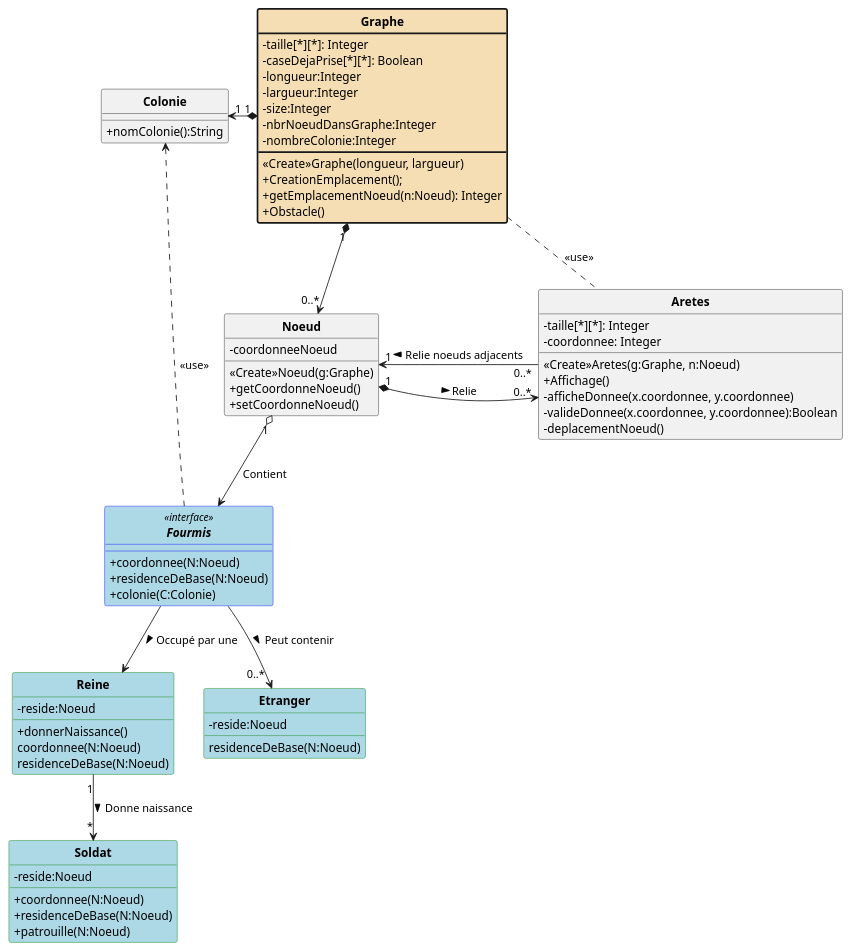
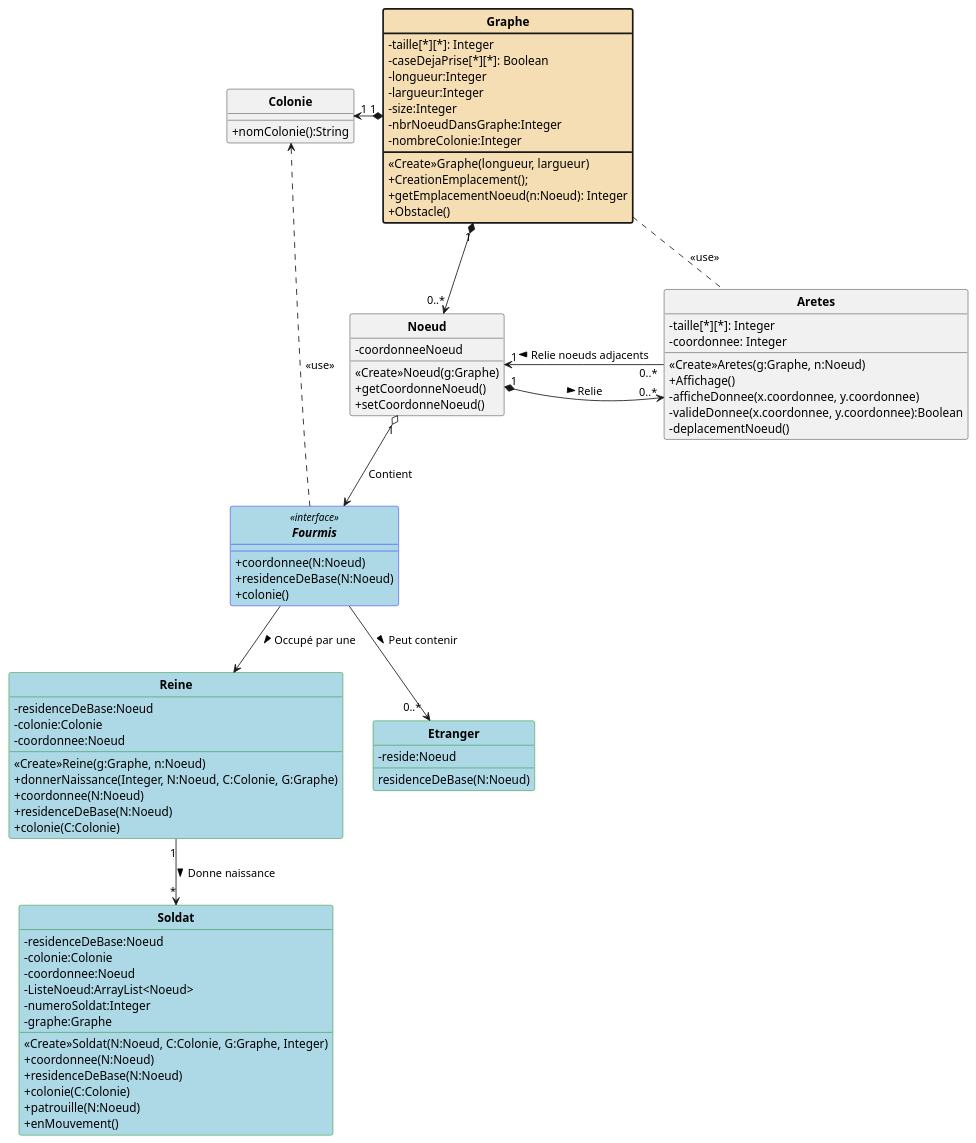
Before and after one commit to jvondermarck/ant-colony: the diagram in plantUML/V1/Fourmis_DC_Conception.puml, drawn with PlantUML. The commit also changed 10 other files, not shown here.

Commit message:
Creation Reine et Soldat

```diff
--- a/plantUML/V1/Fourmis_DC_Conception.puml
+++ b/plantUML/V1/Fourmis_DC_Conception.puml
@@ -1,85 +1,100 @@
 @startuml
 'https://plantuml.com/class-diagram
 
 skinparam style strictuml
 skinparam classAttributeIconSize 0
 skinparam classFontStyle Bold
 hide enum methods
 
 class Graphe #back:Wheat;line.bold {
     -taille[*][*]: Integer
     -caseDejaPrise[*][*]: Boolean
     -longueur:Integer
     -largueur:Integer
     -size:Integer
     -nbrNoeudDansGraphe:Integer
     -nombreColonie:Integer
 
     <<Create>>Graphe(longueur, largueur)
     +CreationEmplacement();
     +getEmplacementNoeud(n:Noeud): Integer
     +Obstacle()
 }
 
 
 class Noeud{
     -coordonneeNoeud
 
     <<Create>>Noeud(g:Graphe)
     +getCoordonneNoeud()
     +setCoordonneNoeud()
 }
 
 class Aretes {
     -taille[*][*]: Integer
     -coordonnee: Integer
 
     <<Create>>Aretes(g:Graphe, n:Noeud)
     +Affichage()
     -afficheDonnee(x.coordonnee, y.coordonnee)
     -valideDonnee(x.coordonnee, y.coordonnee):Boolean
     -deplacementNoeud()
 }
 
 class Colonie {
     +nomColonie():String
 }
 
 interface Fourmis <<interface>> #lightblue;line:blue {
     +coordonnee(N:Noeud)
     +residenceDeBase(N:Noeud)
+    +colonie()
+}
+class Reine #lightblue;line:green {
+    -residenceDeBase:Noeud
+    -colonie:Colonie
+    -coordonnee:Noeud
+
+    <<Create>>Reine(g:Graphe, n:Noeud)
+    +donnerNaissance(Integer, N:Noeud, C:Colonie, G:Graphe)
+    +coordonnee(N:Noeud)
+    +residenceDeBase(N:Noeud)
     +colonie(C:Colonie)
 }
-class Reine #lightblue;line:green {
-    -reside:Noeud
-    +donnerNaissance()
-    coordonnee(N:Noeud)
-    residenceDeBase(N:Noeud)
-}
+
 class Soldat #lightblue;line:green {
-    -reside:Noeud
+    -residenceDeBase:Noeud
+    -colonie:Colonie
+    -coordonnee:Noeud
+    -ListeNoeud:ArrayList<Noeud>
+    -numeroSoldat:Integer
+    -graphe:Graphe
+
+    <<Create>>Soldat(N:Noeud, C:Colonie, G:Graphe, Integer)
     +coordonnee(N:Noeud)
     +residenceDeBase(N:Noeud)
+    +colonie(C:Colonie)
     +patrouille(N:Noeud)
+    +enMouvement()
 }
 
 class Etranger #lightblue;line:green{
     -reside:Noeud
     residenceDeBase(N:Noeud)
 }
 
 
 Graphe "1" *--> "0..*" Noeud
 Graphe "1" *-left-> "1" Colonie
 
 Noeud "\n1" *-> "0..*" Aretes : \n Relie  >
 Aretes "0..*" -> "1" Noeud : Relie noeuds adjacents >
 
 Graphe .. Aretes : <<use>>
 Colonie <.. Fourmis : <<use>>
 Noeud "1" o--> Fourmis : Contient
 Fourmis --> Reine : Occupé par une >
 Fourmis --> "\t\t0..*" Etranger : Peut contenir >
 Reine "1" --> "*" Soldat : Donne naissance >
 
 @enduml
```
